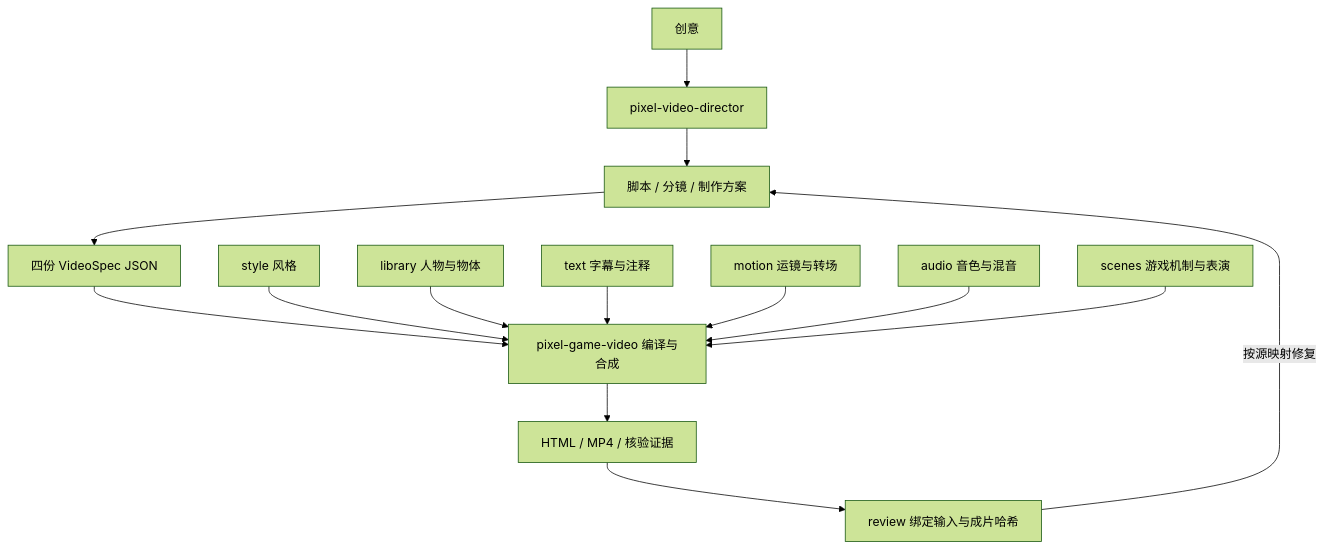
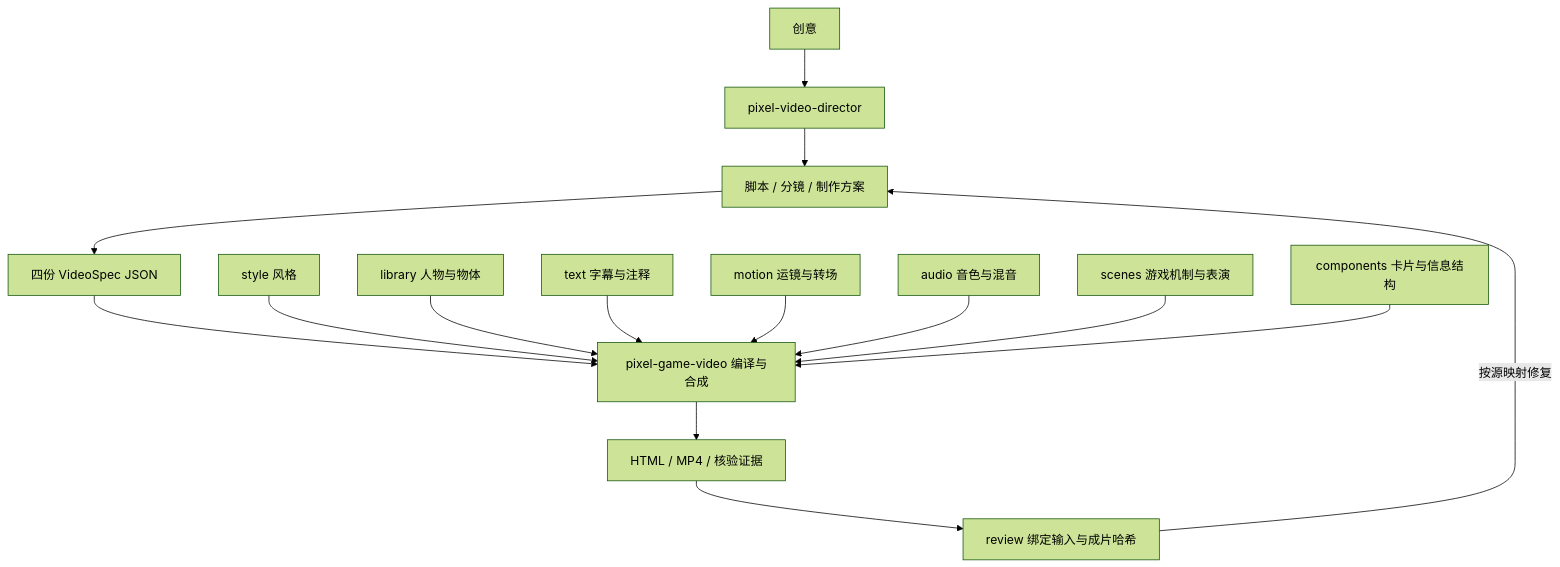
One commit to Xiong-YH/codex-skills changed the diagram in README.md. Above: the diagram before and after it, drawn with Mermaid (forest theme). The commit also changed other lines of this file and 147 other files, not shown here.

````diff
--- a/README.md
+++ b/README.md
@@ -10,16 +10,17 @@
 ```mermaid
 flowchart TD
     I[创意] --> D[pixel-video-director]
     D --> S[脚本 / 分镜 / 制作方案]
     S --> V[四份 VideoSpec JSON]
     V --> F[pixel-game-video 编译与合成]
     ST[style 风格] --> F
     L[library 人物与物体] --> F
     T[text 字幕与注释] --> F
     M[motion 运镜与转场] --> F
     A[audio 音色与混音] --> F
     SC[scenes 游戏机制与表演] --> F
+    C[components 卡片与信息结构] --> F
     F --> O[HTML / MP4 / 核验证据]
     O --> R[review 绑定输入与成片哈希]
     R -->|按源映射修复| S
 ```
````
